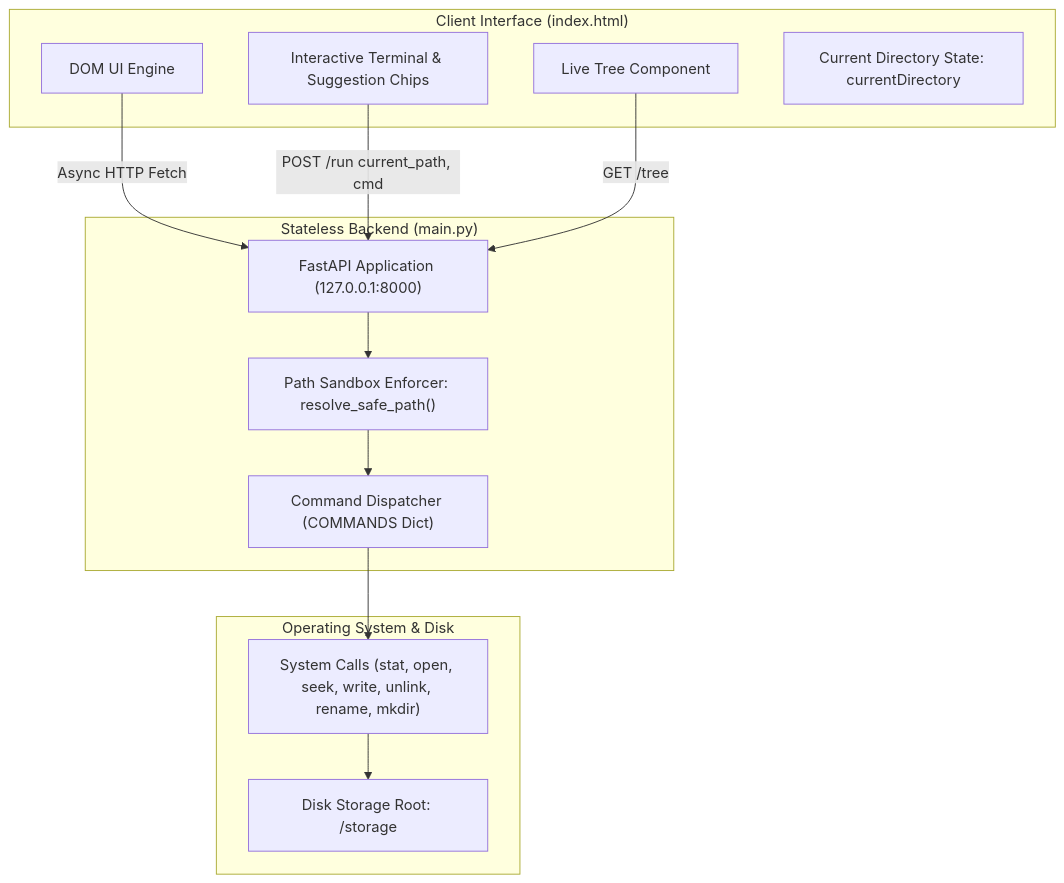
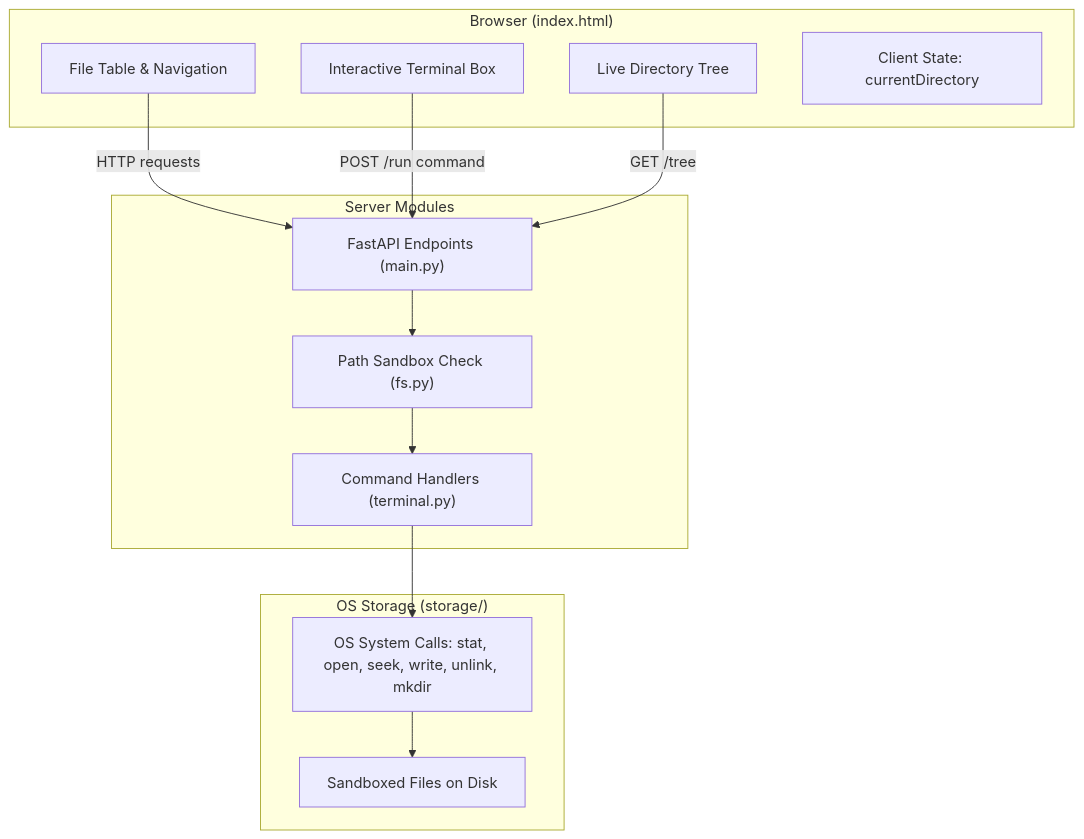
Before and after one commit to rachit-mangawa/os_project_file_system_and_file_management: the first of 3 diagrams in report.md, drawn with Mermaid. The commit also changed other lines of this file and 4 other files, not shown here.

````diff
--- a/report.md
+++ b/report.md
@@ -26,29 +30,29 @@
 ```mermaid
 flowchart TD
-    subgraph Browser ["Client Interface (index.html)"]
-        UI["DOM UI Engine"]
-        Tree["Live Tree Component"]
-        Term["Interactive Terminal & Suggestion Chips"]
-        State["Current Directory State: currentDirectory"]
+    subgraph Client ["Browser (index.html)"]
+        UI["File Table & Navigation"]
+        Tree["Live Directory Tree"]
+        Terminal["Interactive Terminal Box"]
+        State["Client State: currentDirectory"]
     end
 
-    subgraph Server ["Stateless Backend (main.py)"]
-        Router["FastAPI Application (127.0.0.1:8000)"]
-        Dispatcher["Command Dispatcher (COMMANDS Dict)"]
-        Security["Path Sandbox Enforcer: resolve_safe_path()"]
+    subgraph Backend ["Server Modules"]
+        API["FastAPI Endpoints (main.py)"]
+        Security["Path Sandbox Check (fs.py)"]
+        Dispatcher["Command Handlers (terminal.py)"]
     end
 
-    subgraph OS ["Operating System & Disk"]
-        SysCalls["System Calls (stat, open, seek, write, unlink, rename, mkdir)"]
-        Sandbox["Disk Storage Root: /storage"]
+    subgraph Filesystem ["OS Storage (storage/)"]
+        SysCalls["OS System Calls: stat, open, seek, write, unlink, mkdir"]
+        Disk["Sandboxed Files on Disk"]
     end
 
-    UI -->|Async HTTP Fetch| Router
-    Term -->|POST /run current_path, cmd| Router
-    Tree -->|GET /tree| Router
+    UI -->|HTTP requests| API
+    Terminal -->|POST /run command| API
+    Tree -->|GET /tree| API
 
-    Router --> Security
+    API --> Security
     Security --> Dispatcher
     Dispatcher --> SysCalls
-    SysCalls --> Sandbox
+    SysCalls --> Disk
 ```
````
